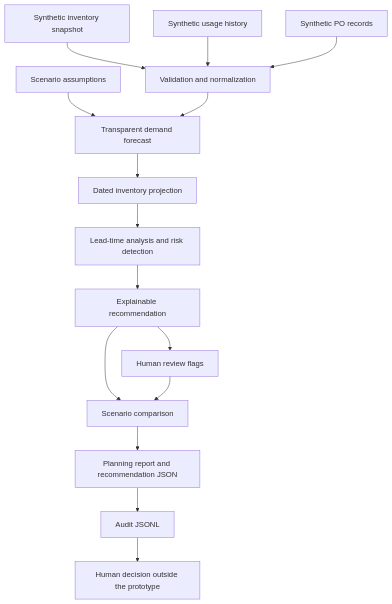
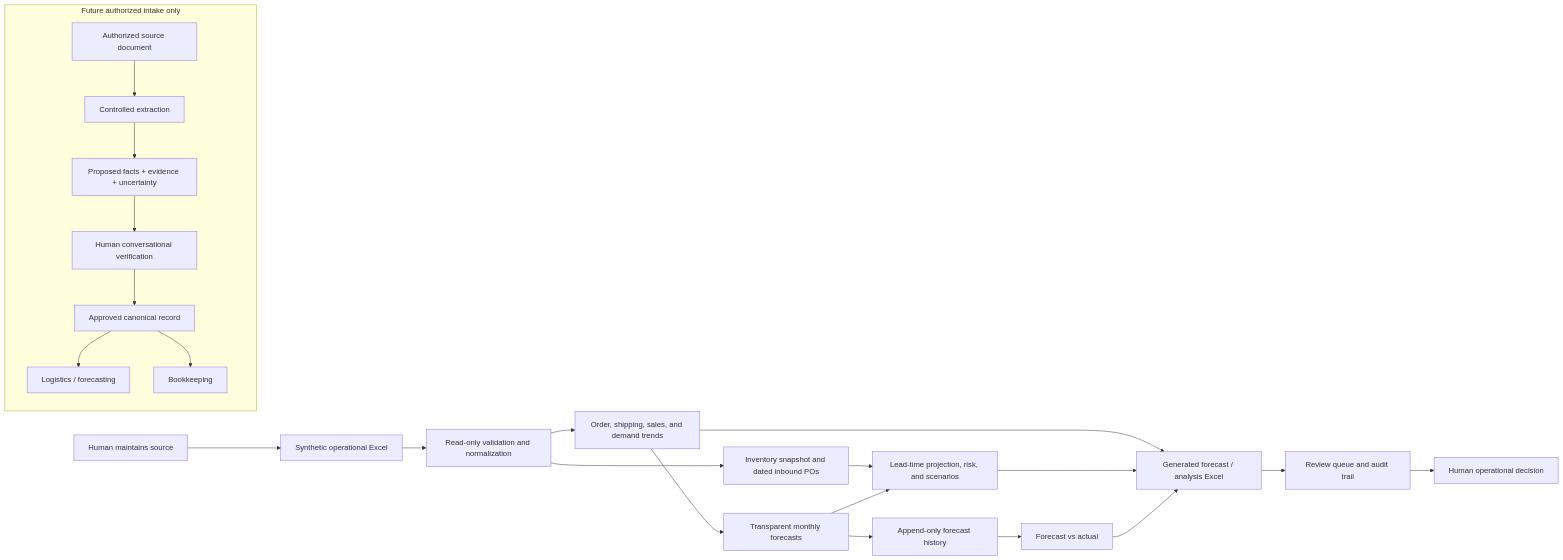
The diagram in diagrams/architecture.mmd (perry-is/operations-forecasting-system), drawn with Mermaid before and after one commit. The commit also changed 23 other files, not shown here.

Commit message:
Add two-workbook logistics forecasting workflow

```diff
--- a/diagrams/architecture.mmd
+++ b/diagrams/architecture.mmd
@@ -1,15 +1,23 @@
-flowchart TD
-    I[Synthetic inventory snapshot] --> V[Validation and normalization]
-    U[Synthetic usage history] --> V
-    P[Synthetic PO records] --> V
-    S[Scenario assumptions] --> F
-    V --> F[Transparent demand forecast]
-    F --> X[Dated inventory projection]
-    X --> L[Lead-time analysis and risk detection]
-    L --> R[Explainable recommendation]
-    R --> Q[Human review flags]
-    R --> C[Scenario comparison]
-    Q --> C
-    C --> O[Planning report and recommendation JSON]
-    O --> A[Audit JSONL]
-    A --> H[Human decision outside the prototype]
+flowchart LR
+    H[Human maintains source] --> X[Synthetic operational Excel]
+    X --> V[Read-only validation and normalization]
+    V --> T[Order, shipping, sales, and demand trends]
+    V --> I[Inventory snapshot and dated inbound POs]
+    T --> F[Transparent monthly forecasts]
+    I --> P[Lead-time projection, risk, and scenarios]
+    F --> P
+    T --> W[Generated forecast / analysis Excel]
+    P --> W
+    F --> FH[Append-only forecast history]
+    FH --> VA[Forecast vs actual]
+    VA --> W
+    W --> R[Review queue and audit trail]
+    R --> D[Human operational decision]
+    subgraph Future authorized intake only
+      S[Authorized source document] --> E[Controlled extraction]
+      E --> PR[Proposed facts + evidence + uncertainty]
+      PR --> HR[Human conversational verification]
+      HR --> AR[Approved canonical record]
+      AR --> L[Logistics / forecasting]
+      AR --> B[Bookkeeping]
+    end
```
